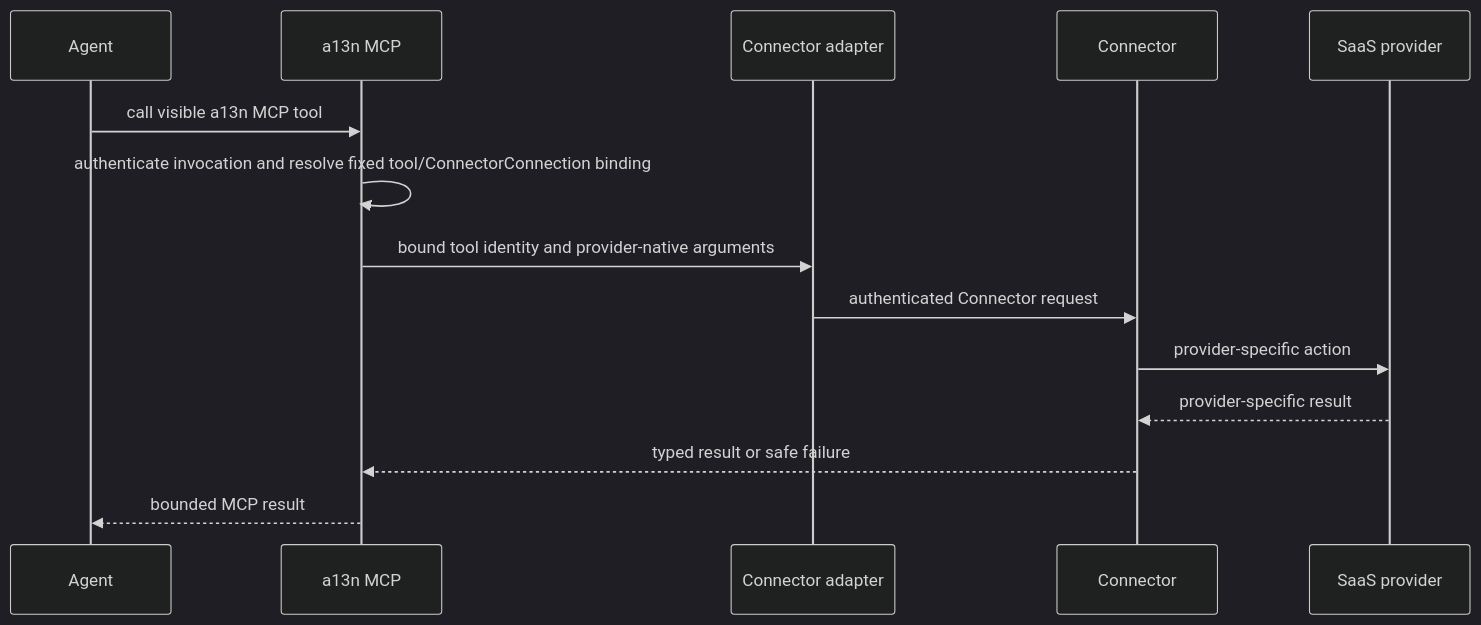
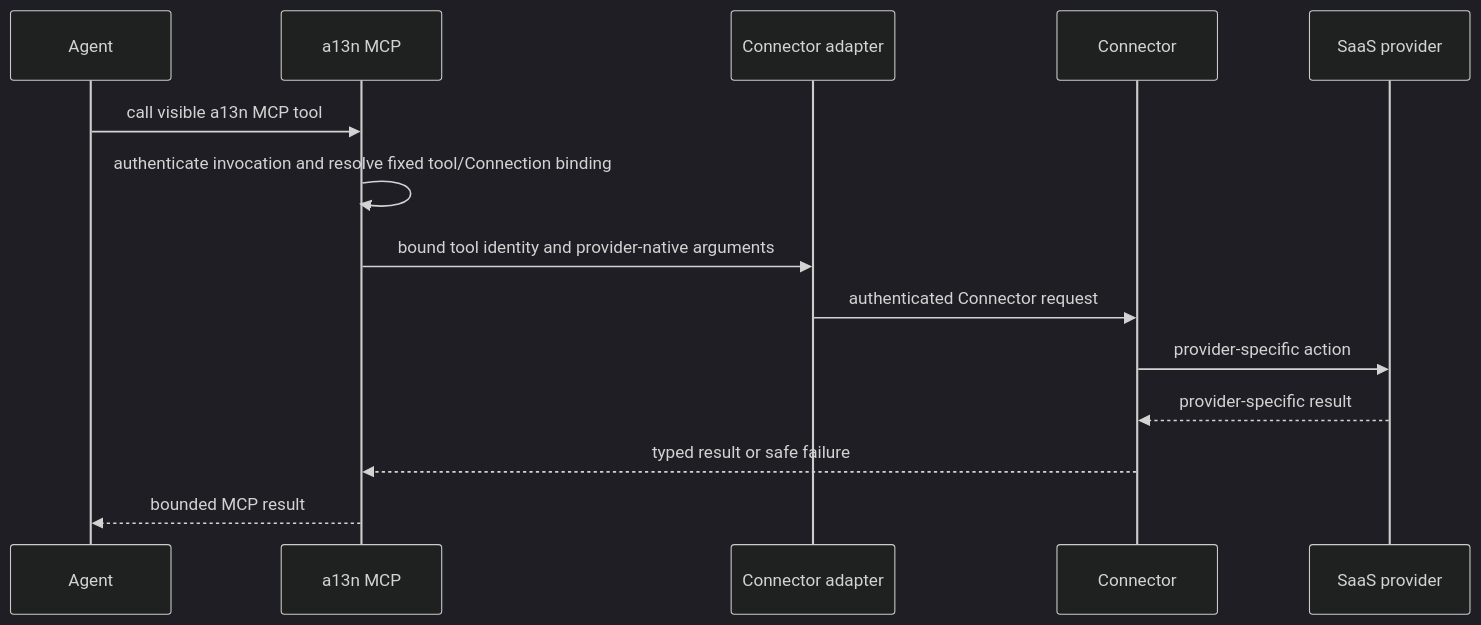
The diagram in spec/foundation-service/40-connectivity/03-connectors-and-connections.md (LTThreeComma/agent-foundation), drawn with Mermaid (dark theme) before and after one commit. The commit also changed other lines of this file and 186 other files, not shown here.

````diff
--- a/spec/foundation-service/40-connectivity/03-connectors-and-connections.md
+++ b/spec/foundation-service/40-connectivity/03-connectors-and-connections.md
@@ -121,17 +121,17 @@
 ```mermaid
 sequenceDiagram
     participant Agent
     participant MCP as a13n MCP
     participant Adapter as Connector adapter
     participant Connector
     participant Provider as SaaS provider
 
     Agent->>MCP: call visible a13n MCP tool
-    MCP->>MCP: authenticate invocation and resolve fixed tool/ConnectorConnection binding
+    MCP->>MCP: authenticate invocation and resolve fixed tool/Connection binding
     MCP->>Adapter: bound tool identity and provider-native arguments
     Adapter->>Connector: authenticated Connector request
     Connector->>Provider: provider-specific action
     Provider-->>Connector: provider-specific result
     Connector-->>MCP: typed result or safe failure
     MCP-->>Agent: bounded MCP result
 ```
````
